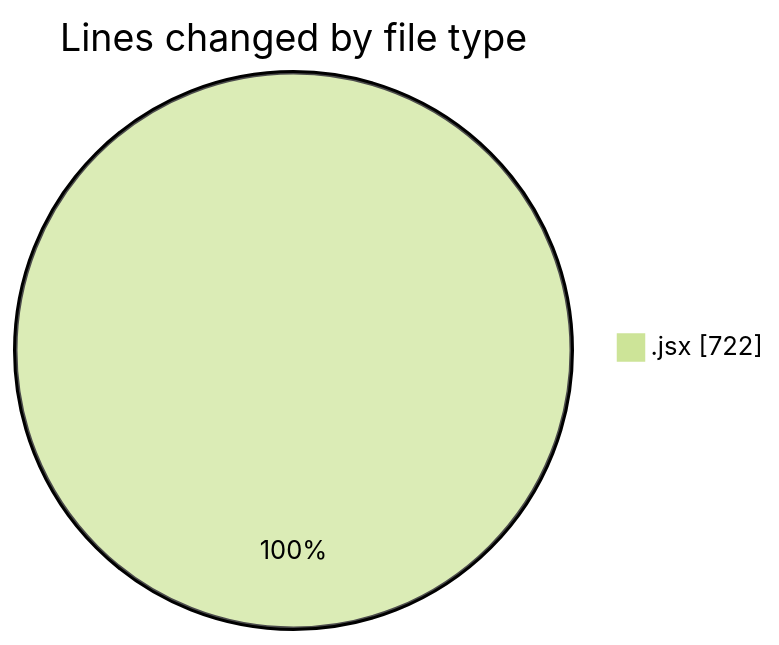
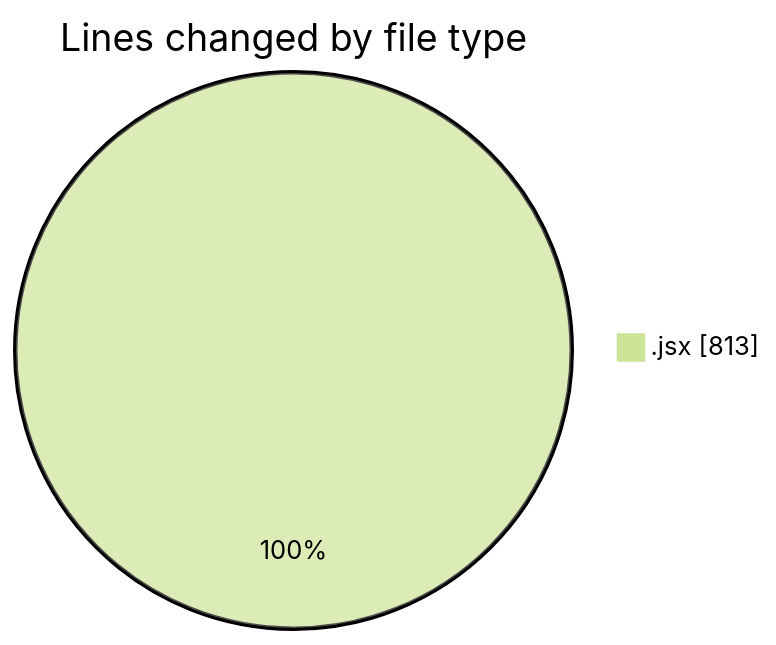
The first of 2 diagrams in 2025-12-08/nxtqube_webapp/README.md (nxtqubesakshisongat/code-tracking), drawn with Mermaid (forest theme) before and after one commit. The commit also changed other lines of this file and 1 other file, not shown here.

````diff
--- a/2025-12-08/nxtqube_webapp/README.md
+++ b/2025-12-08/nxtqube_webapp/README.md
@@ -21,5 +22,5 @@
 ```mermaid
 pie showData
 title Lines changed by file type
-".jsx" : 722
+".jsx" : 813
 ```
````
